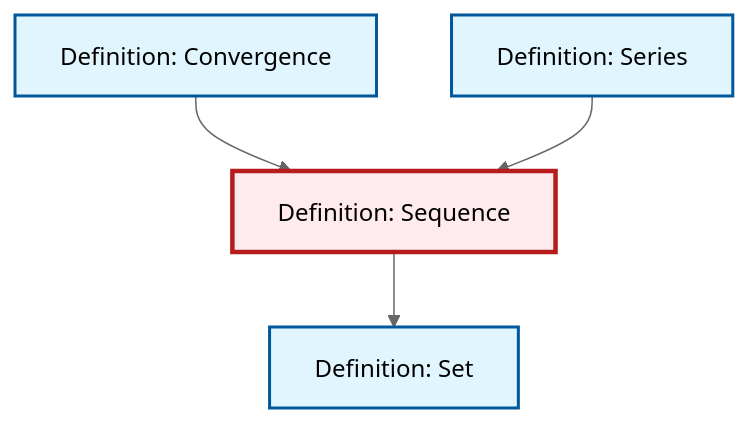
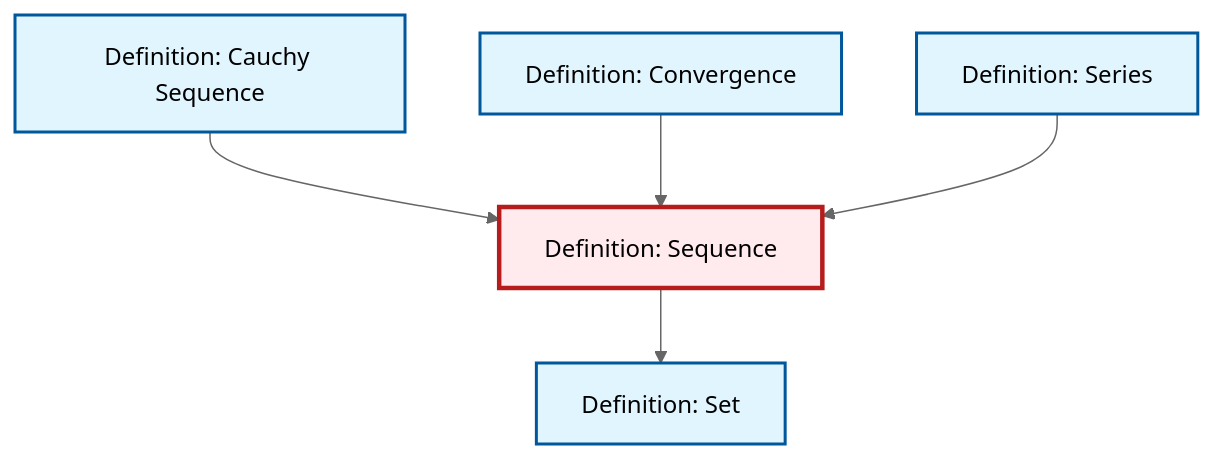
Before and after one commit to RK0429/ModernMath: the diagram in content/ja/analysis/def-sequence.qmd, drawn with Mermaid (neutral theme). The commit also changed 531 other files, not shown here.

````diff
--- a/content/ja/analysis/def-sequence.qmd
+++ b/content/ja/analysis/def-sequence.qmd
@@ -76,20 +76,23 @@
 ```{mermaid}
 %%| fig-cap: "Local dependency graph"
 graph TD
     classDef definition fill:#e1f5fe,stroke:#01579b,stroke-width:2px
     classDef theorem fill:#f3e5f5,stroke:#4a148c,stroke-width:2px
     classDef axiom fill:#fff3e0,stroke:#e65100,stroke-width:2px
     classDef example fill:#e8f5e9,stroke:#1b5e20,stroke-width:2px
     classDef current fill:#ffebee,stroke:#b71c1c,stroke-width:3px
     def-set["Definition: Set"]:::definition
     def-sequence["Definition: Sequence"]:::definition
     def-series["Definition: Series"]:::definition
     def-convergence["Definition: Convergence"]:::definition
+    def-cauchy-sequence["Definition: Cauchy Sequence"]:::definition
+    def-cauchy-sequence --> def-sequence
+    def-sequence --> def-set
     def-convergence --> def-sequence
     def-series --> def-sequence
-    def-sequence --> def-set
     class def-sequence current
     click def-set "def-set.html" "Definition: Setへ"
     click def-series "def-series.html" "Definition: Seriesへ"
     click def-convergence "def-convergence.html" "Definition: Convergenceへ"
+    click def-cauchy-sequence "def-cauchy-sequence.html" "Definition: Cauchy Sequenceへ"
 ```
````
